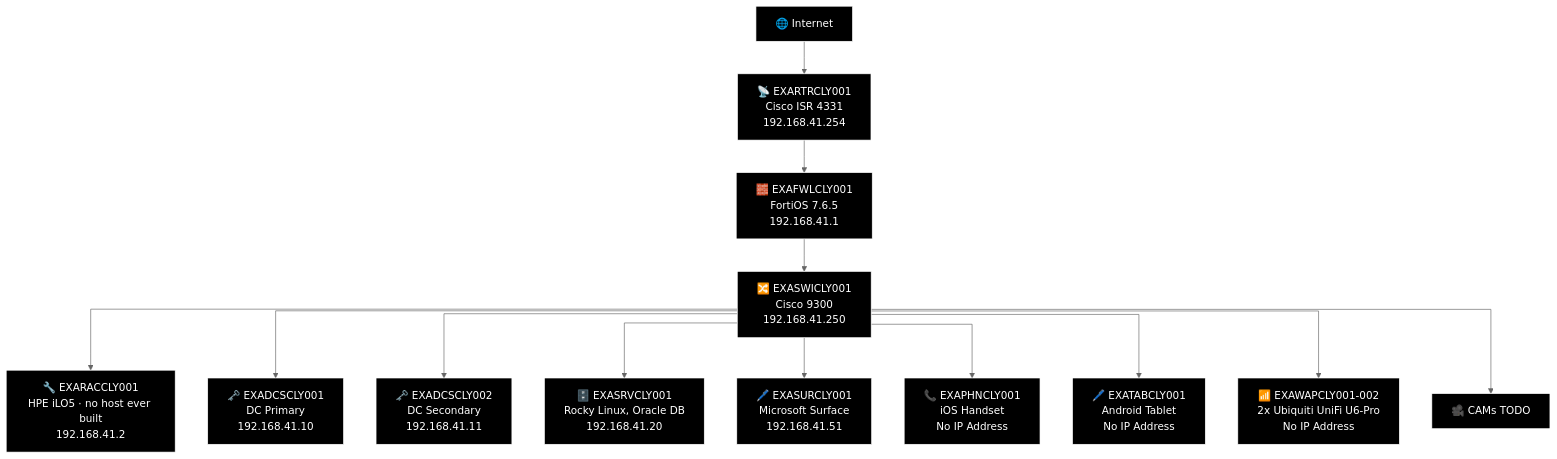
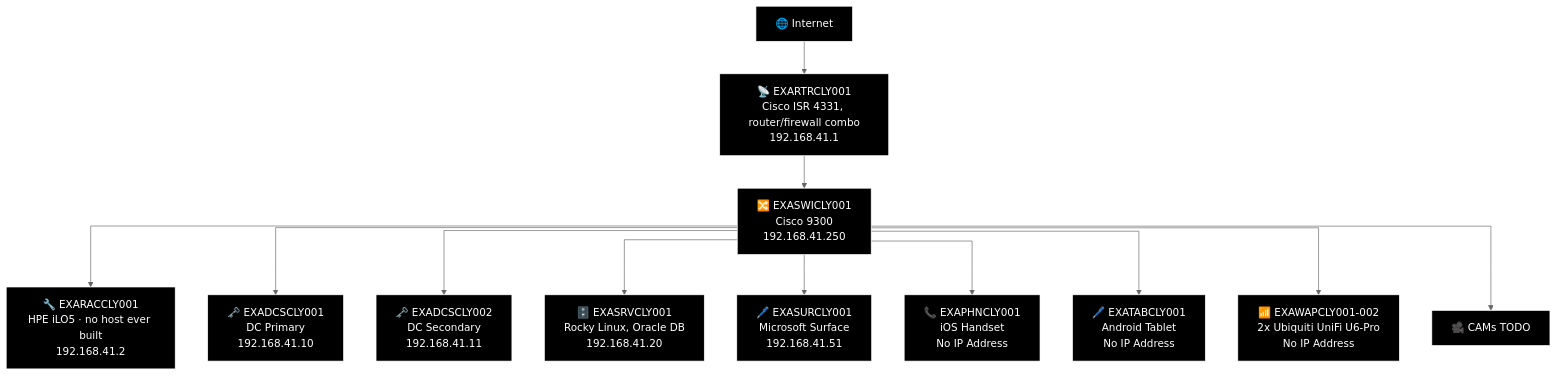
Before and after one commit to knightmare2600/example_music_infra: the tenth of 21 diagrams in docs/network-diagram/scotland.md, drawn with Mermaid (neutral theme). The commit also changed other lines of this file and 7 other files, not shown here.

````diff
--- a/docs/network-diagram/scotland.md
+++ b/docs/network-diagram/scotland.md
@@ -654,45 +651,42 @@
 ```mermaid
 %%{init: {'flowchart': {'curve': 'stepAfter'}}}%%
 graph TD
     O_INET["🌐 Internet"]
-    O_RTR["📡 EXARTRCLY001<br/>Cisco ISR 4331<br/>192.168.41.254"]
+    O_RTR["📡 EXARTRCLY001<br/>Cisco ISR 4331, router/firewall combo<br/>192.168.41.1"]
     O_INET --> O_RTR
-    O_FWL["🧱 EXAFWLCLY001<br/>FortiOS 7.6.5<br/>192.168.41.1"]
-    O_RTR --> O_FWL
     O_SW["🔀 EXASWICLY001<br/>Cisco 9300<br/>192.168.41.250"]
-    O_FWL --> O_SW
+    O_RTR --> O_SW
 
     O_ILO["🔧 EXARACCLY001<br/>HPE iLO5 · no host ever built<br/>192.168.41.2"]
     O_DC1["🗝️ EXADCSCLY001<br/>DC Primary<br/>192.168.41.10"]
     O_DC2["🗝️ EXADCSCLY002<br/>DC Secondary<br/>192.168.41.11"]
     O_SRV["🗄️ EXASRVCLY001<br/>Rocky Linux, Oracle DB<br/>192.168.41.20"]
     O_SW --> O_ILO
     O_SW --> O_DC1
     O_SW --> O_DC2
     O_SW --> O_SRV
 
     O_SUR["🖊️ EXASURCLY001<br/>Microsoft Surface<br/>192.168.41.51"]
     O_PHN["📞 EXAPHNCLY001<br/>iOS Handset<br/>No IP Address"]
     O_TAB["🖊️ EXATABCLY001<br/>Android Tablet<br/>No IP Address"]
     O_WAP["📶 EXAWAPCLY001-002<br/>2x Ubiquiti UniFi U6-Pro<br/>No IP Address"]
     O_CAM["🎥 CAMs TODO"]
     O_SW --> O_SUR
     O_SW --> O_PHN
     O_SW --> O_TAB
     O_SW --> O_WAP
     O_SW --> O_CAM
 
     style O_INET fill:#000000,stroke:#FFFFFF,color:#FFFFFF
     style O_RTR fill:#000000,stroke:#FFFFFF,color:#FFFFFF
-    style O_FWL fill:#000000,stroke:#FFFFFF,color:#FFFFFF
     style O_SW fill:#000000,stroke:#FFFFFF,color:#FFFFFF
     style O_ILO fill:#000000,stroke:#FFFFFF,color:#FFFFFF
     style O_DC1 fill:#000000,stroke:#FFFFFF,color:#FFFFFF
     style O_DC2 fill:#000000,stroke:#FFFFFF,color:#FFFFFF
     style O_SRV fill:#000000,stroke:#FFFFFF,color:#FFFFFF
     style O_SUR fill:#000000,stroke:#FFFFFF,color:#FFFFFF
     style O_PHN fill:#000000,stroke:#FFFFFF,color:#FFFFFF
     style O_TAB fill:#000000,stroke:#FFFFFF,color:#FFFFFF
     style O_WAP fill:#000000,stroke:#FFFFFF,color:#FFFFFF
     style O_CAM fill:#000000,stroke:#FFFFFF,color:#FFFFFF
 ```
````
